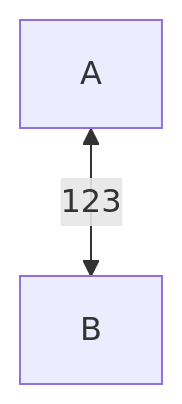
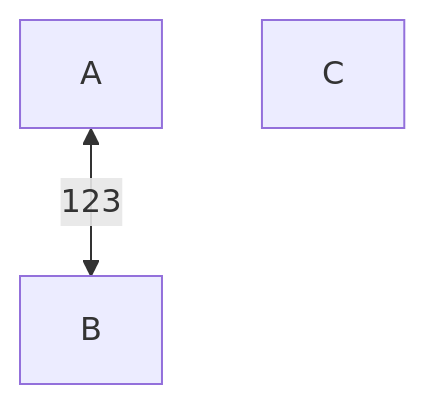
The diagram in mermaidtest.md (henderson2k/sn), drawn with Mermaid before and after one commit.

````diff
--- a/mermaidtest.md
+++ b/mermaidtest.md
@@ -5,5 +5,5 @@
 ```mermaid
 flowchart
 A <-- 123 --> B
-
+C 
 ```
````
